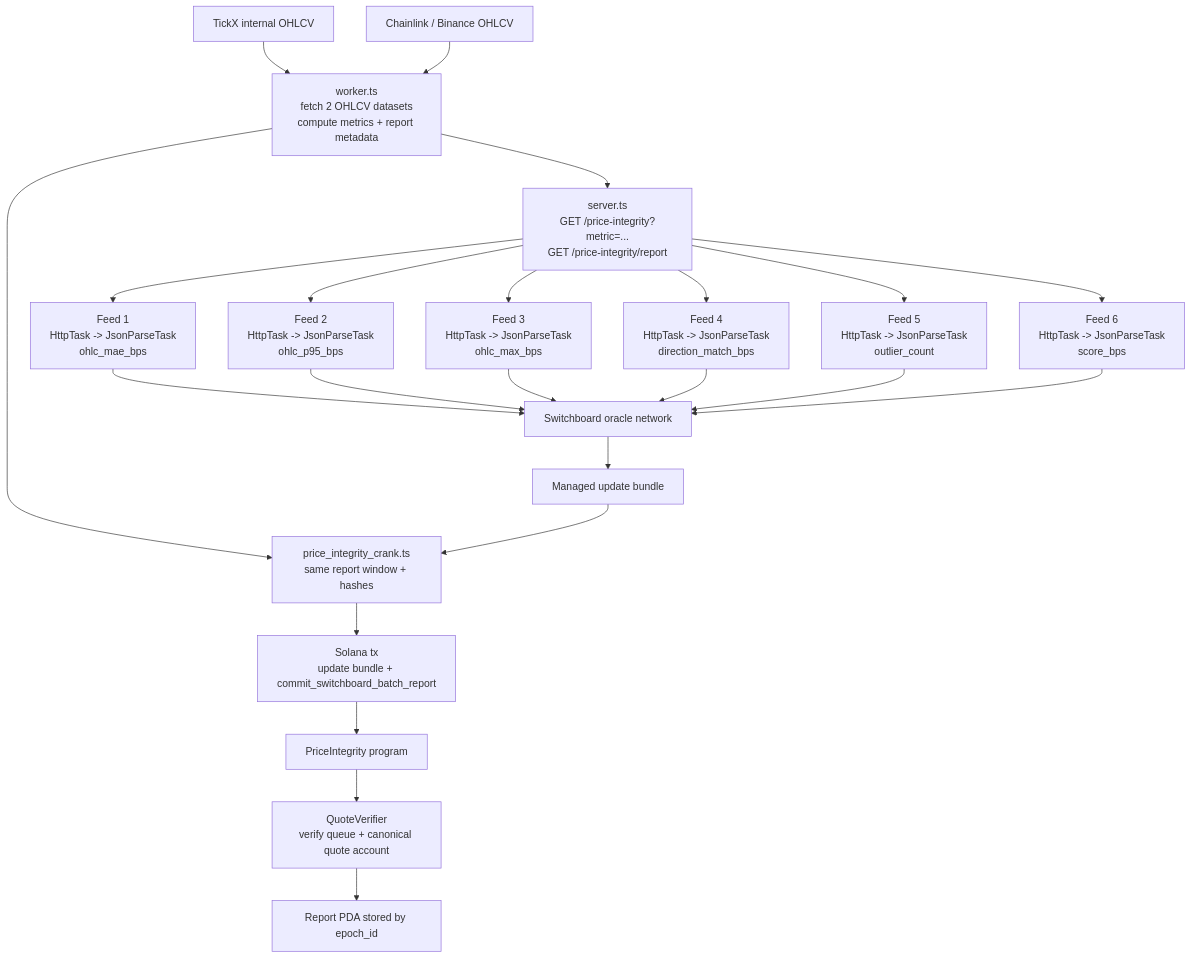
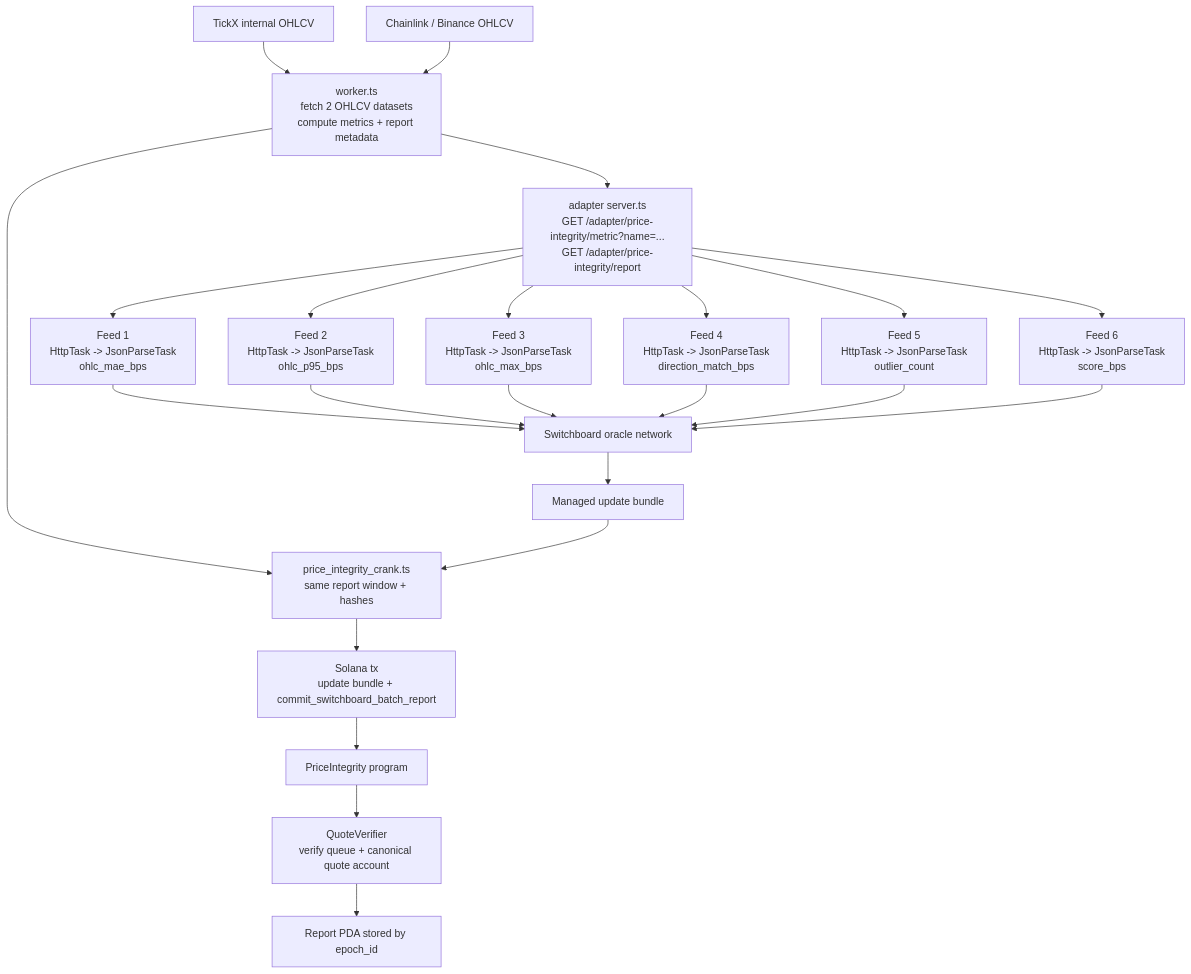
Before and after one commit to tick-x-solana/contracts: the diagram in README.md, drawn with Mermaid. The commit also changed other lines of this file and 3 other files, not shown here.

````diff
--- a/README.md
+++ b/README.md
@@ -113,30 +128,30 @@
 ```mermaid
 flowchart TD
   A1[TickX internal OHLCV] --> B[worker.ts\nfetch 2 OHLCV datasets\ncompute metrics + report metadata]
   A2[Chainlink / Binance OHLCV] --> B
-  B --> C[server.ts\nGET /price-integrity?metric=...\nGET /price-integrity/report]
+  B --> C[adapter server.ts\nGET /adapter/price-integrity/metric?name=...\nGET /adapter/price-integrity/report]
 
   C --> D1[Feed 1\nHttpTask -> JsonParseTask\nohlc_mae_bps]
   C --> D2[Feed 2\nHttpTask -> JsonParseTask\nohlc_p95_bps]
   C --> D3[Feed 3\nHttpTask -> JsonParseTask\nohlc_max_bps]
   C --> D4[Feed 4\nHttpTask -> JsonParseTask\ndirection_match_bps]
   C --> D5[Feed 5\nHttpTask -> JsonParseTask\noutlier_count]
   C --> D6[Feed 6\nHttpTask -> JsonParseTask\nscore_bps]
 
   D1 --> E[Switchboard oracle network]
   D2 --> E
   D3 --> E
   D4 --> E
   D5 --> E
   D6 --> E
 
   E --> F[Managed update bundle]
 
   B --> G[price_integrity_crank.ts\nsame report window + hashes]
   F --> G
 
   G --> H[Solana tx\nupdate bundle + commit_switchboard_batch_report]
   H --> I[PriceIntegrity program]
   I --> J[QuoteVerifier\nverify queue + canonical quote account]
   J --> K[Report PDA stored by epoch_id]
 ```
````
